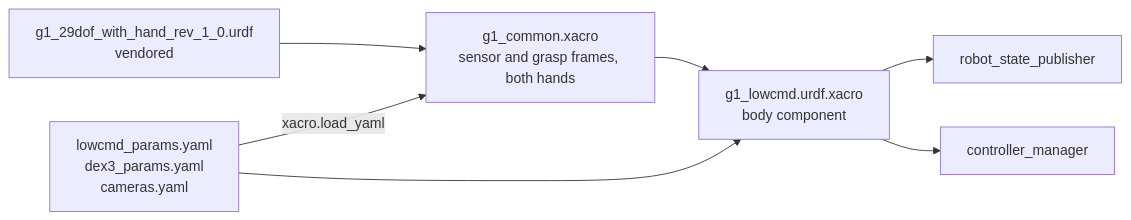
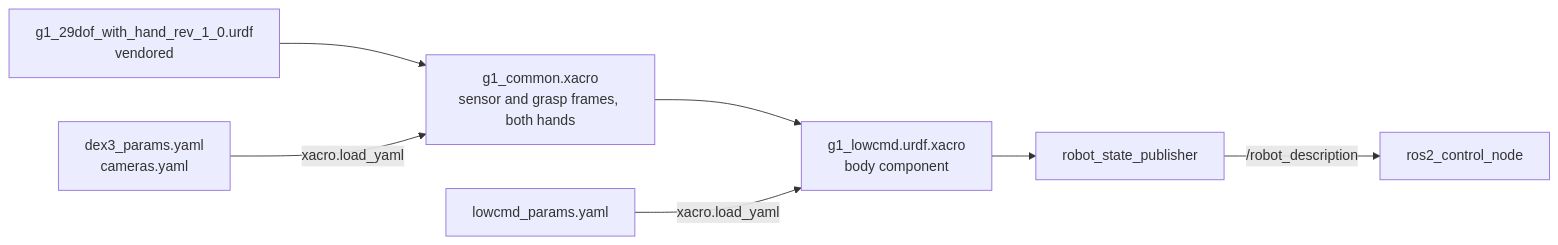
One commit to Adyansh04/grove-g1 changed the diagram in workspace/src/g1_description/README.md. Above: the diagram before and after it, drawn with Mermaid. The commit also changed other lines of this file and 107 other files, not shown here.

````diff
--- a/workspace/src/g1_description/README.md
+++ b/workspace/src/g1_description/README.md
@@ -8,9 +7,8 @@
 ```mermaid
 flowchart LR
     V["g1_29dof_with_hand_rev_1_0.urdf<br/>vendored"] --> C
+    D["dex3_params.yaml<br/>cameras.yaml"] -- "xacro.load_yaml" --> C
     C["g1_common.xacro<br/>sensor and grasp frames, both hands"] --> X["g1_lowcmd.urdf.xacro<br/>body component"]
-    P["lowcmd_params.yaml<br/>dex3_params.yaml<br/>cameras.yaml"] -- "xacro.load_yaml" --> C
-    P --> X
-    X --> RSP["robot_state_publisher"]
-    X --> CM["controller_manager"]
+    L["lowcmd_params.yaml"] -- "xacro.load_yaml" --> X
+    X --> RSP["robot_state_publisher"] -- "/robot_description" --> CM["ros2_control_node"]
 ```
````
